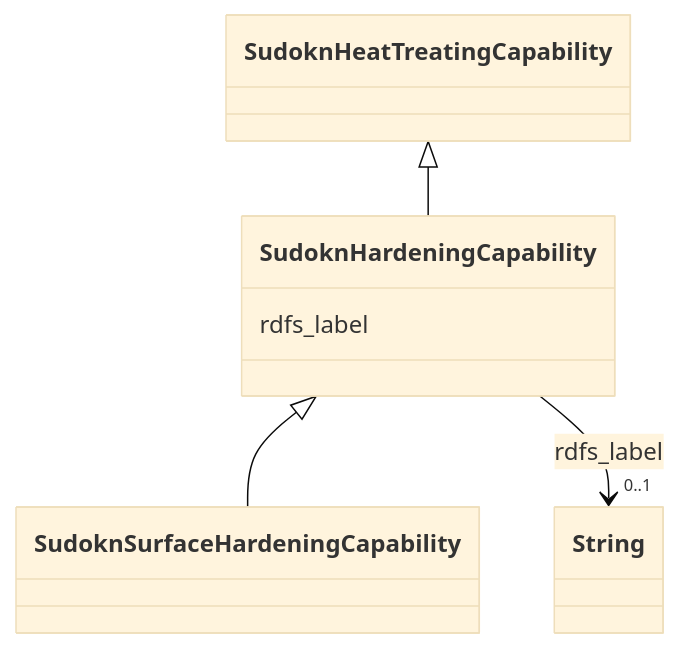
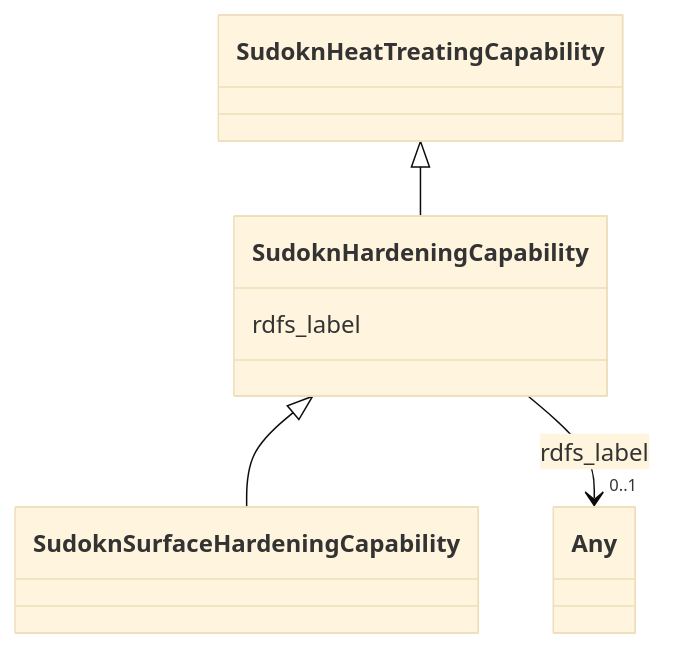
One commit to frink-okn/graph-descriptions changed the diagram in sudokn-kg/classes/SudoknHardeningCapability.md. Above: the diagram before and after it, drawn with Mermaid (base theme). The commit also changed other lines of this file and 903 other files, not shown here.

````diff
--- a/sudokn-kg/classes/SudoknHardeningCapability.md
+++ b/sudokn-kg/classes/SudoknHardeningCapability.md
@@ -23,23 +18,23 @@
 ```mermaid
  classDiagram
     class SudoknHardeningCapability
     click SudoknHardeningCapability href "../SudoknHardeningCapability"
       SudoknHeatTreatingCapability <|-- SudoknHardeningCapability
         click SudoknHeatTreatingCapability href "../SudoknHeatTreatingCapability"
       
 
       SudoknHardeningCapability <|-- SudoknSurfaceHardeningCapability
         click SudoknSurfaceHardeningCapability href "../SudoknSurfaceHardeningCapability"
       
       
       SudoknHardeningCapability : rdfs_label
         
           
     
     
-    SudoknHardeningCapability --> "0..1" String : rdfs_label
-    click String href "../String"
+    SudoknHardeningCapability --> "0..1" Any : rdfs_label
+    click Any href "../Any"
 
         
       
 ```
````
